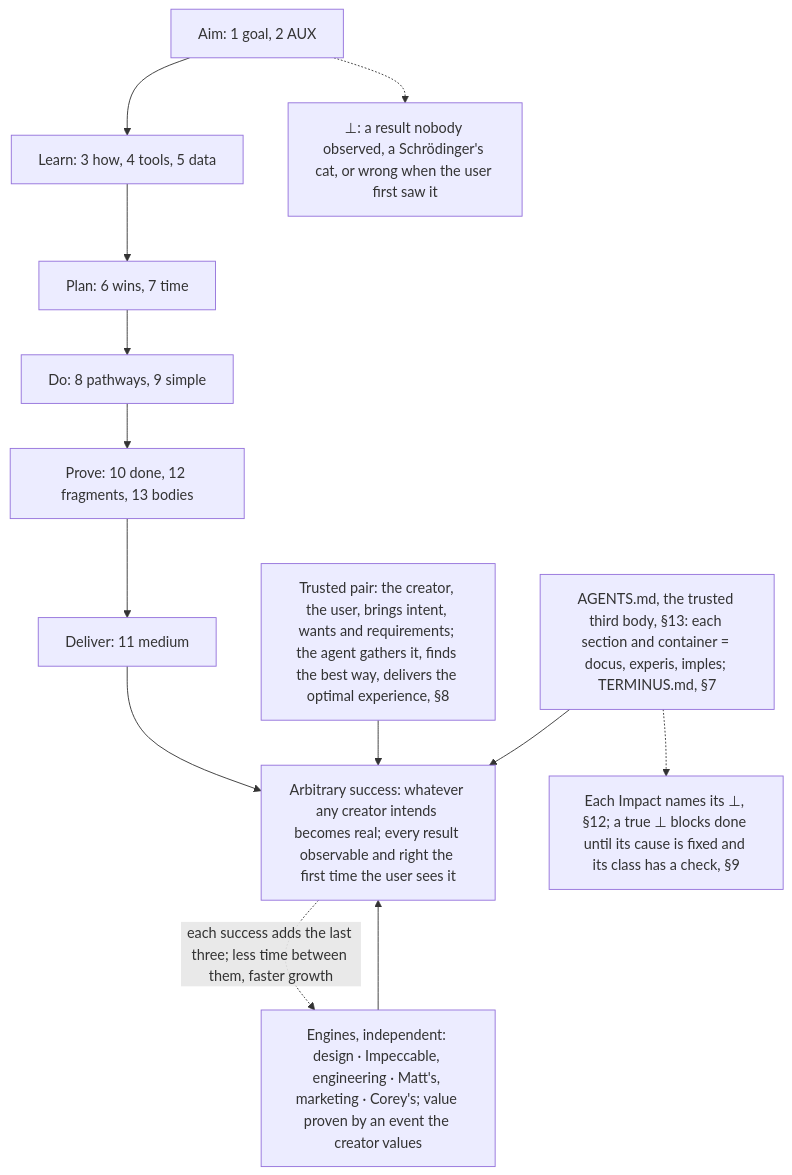
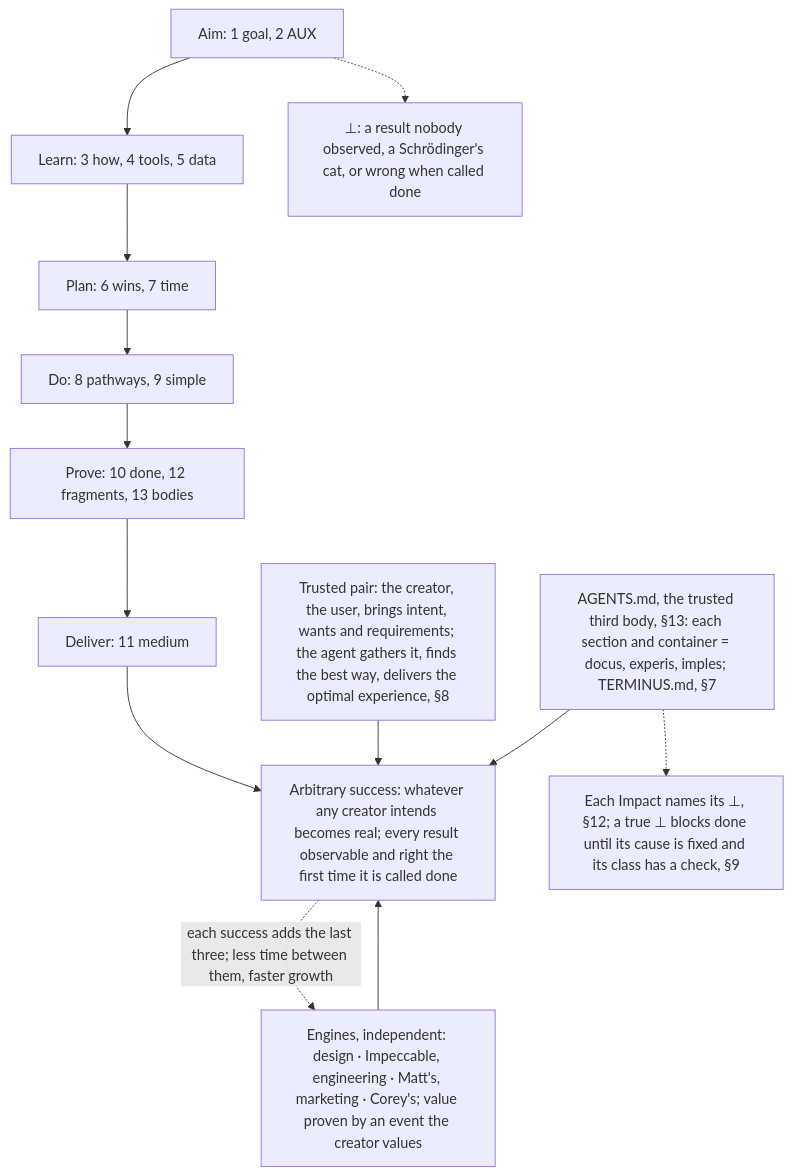
The first of 14 diagrams in AGENTS.md (SolenixAI/arbiter), drawn with Mermaid before and after one commit. The commit also changed other lines of this file and 3 other files, not shown here.

First line of the commit message:
feat(gates): right when called done; gate three failure classes: stop exits, the file's own 5:0, muted engines

````diff
--- a/AGENTS.md
+++ b/AGENTS.md
@@ -36,10 +36,10 @@
 ```mermaid
 flowchart TD
-  A[Aim: 1 goal, 2 AUX] --> L[Learn: 3 how, 4 tools, 5 data] --> P[Plan: 6 wins, 7 time] --> D[Do: 8 pathways, 9 simple] --> V[Prove: 10 done, 12 fragments, 13 bodies] --> O[Deliver: 11 medium] --> S["Arbitrary success: whatever any creator intends becomes real; every result observable and right the first time the user sees it"]
+  A[Aim: 1 goal, 2 AUX] --> L[Learn: 3 how, 4 tools, 5 data] --> P[Plan: 6 wins, 7 time] --> D[Do: 8 pathways, 9 simple] --> V[Prove: 10 done, 12 fragments, 13 bodies] --> O[Deliver: 11 medium] --> S["Arbitrary success: whatever any creator intends becomes real; every result observable and right the first time it is called done"]
   CR["Trusted pair: the creator, the user, brings intent, wants and requirements; the agent gathers it, finds the best way, delivers the optimal experience, §8"] --> S
   F["AGENTS.md, the trusted third body, §13: each section and container = docus, experis, imples; TERMINUS.md, §7"] --> S
   E["Engines, independent: design · Impeccable, engineering · Matt's, marketing · Corey's; value proven by an event the creator values"] --> S
   S -.->|"each success adds the last three; less time between them, faster growth"| E
   F -.-> BI["Each Impact names its ⊥, §12; a true ⊥ blocks done until its cause is fixed and its class has a check, §9"]
-  A -.-> BOT["⊥: a result nobody observed, a Schrödinger's cat, or wrong when the user first saw it"]
+  A -.-> BOT["⊥: a result nobody observed, a Schrödinger's cat, or wrong when called done"]
 ```
````
